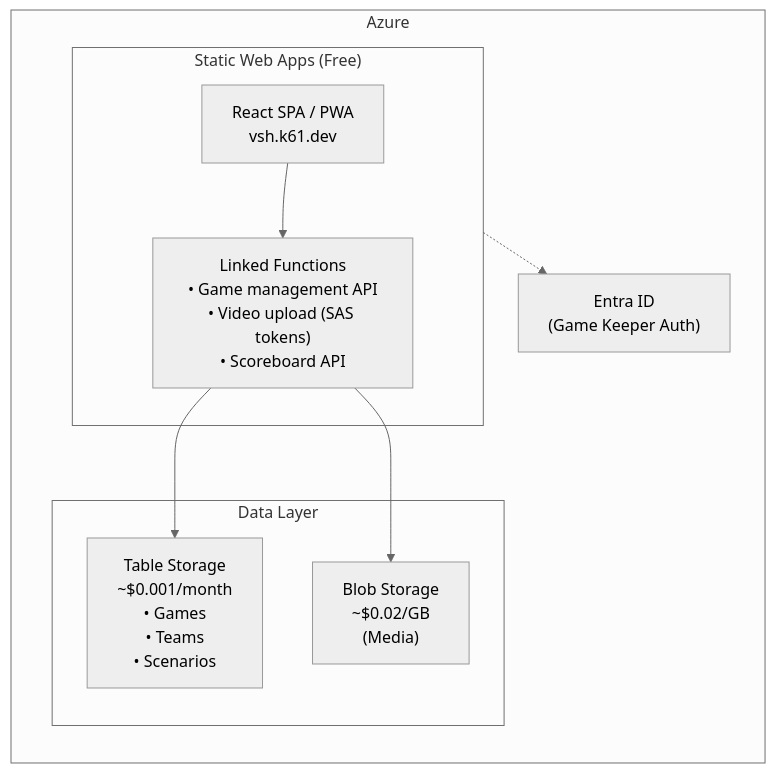
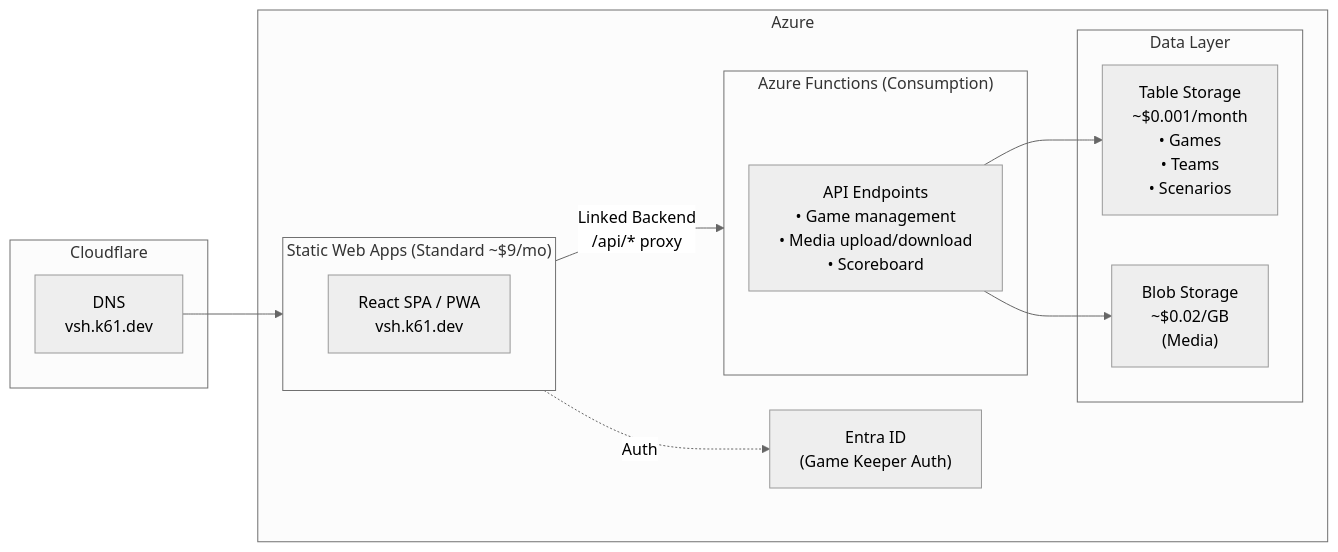
One commit to kurtzeborn/scavenger-hunt changed the diagram in docs/plan.md. Above: the diagram before and after it, drawn with Mermaid (neutral theme). The commit also changed other lines of this file and 2 other files, not shown here.

Commit message:
Update docs to reflect deployed architecture: SWA Standard, linked backend, proxied uploads

````diff
--- a/docs/plan.md
+++ b/docs/plan.md
@@ -100,21 +100,29 @@
 ```mermaid
 flowchart LR
+    subgraph Cloudflare
+        DNS["DNS<br/>vsh.k61.dev"]
+    end
+    
     subgraph Azure["Azure"]
-        subgraph SWA["Static Web Apps (Free)"]
+        subgraph SWA["Static Web Apps (Standard ~$9/mo)"]
             PWA["React SPA / PWA<br/>vsh.k61.dev"]
-            Functions["Linked Functions<br/>• Game management API<br/>• Video upload (SAS tokens)<br/>• Scoreboard API"]
+        end
+        
+        subgraph Functions["Azure Functions (Consumption)"]
+            API["API Endpoints<br/>• Game management<br/>• Media upload/download<br/>• Scoreboard"]
         end
         
         subgraph Data["Data Layer"]
             Tables["Table Storage<br/>~$0.001/month<br/>• Games<br/>• Teams<br/>• Scenarios"]
             Blob["Blob Storage<br/>~$0.02/GB<br/>(Media)"]
         end
         
         EntraID["Entra ID<br/>(Game Keeper Auth)"]
     end
     
-    PWA --> Functions
-    Functions --> Tables
-    Functions --> Blob
-    SWA -.-> EntraID
+    DNS --> SWA
+    SWA -->|"Linked Backend<br/>/api/* proxy"| Functions
+    SWA -.->|"Auth"| EntraID
+    API --> Tables
+    API --> Blob
 ```
````
